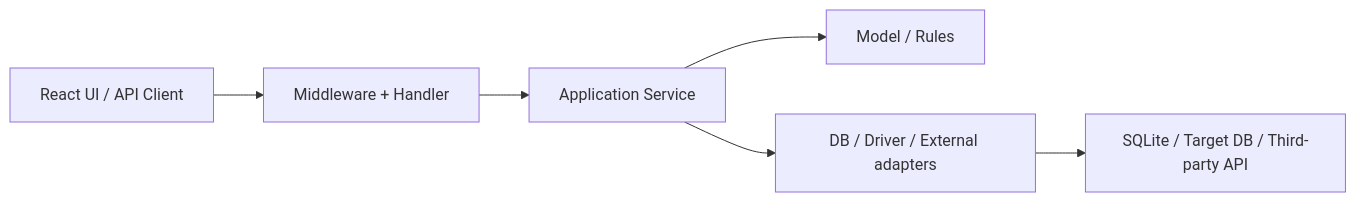
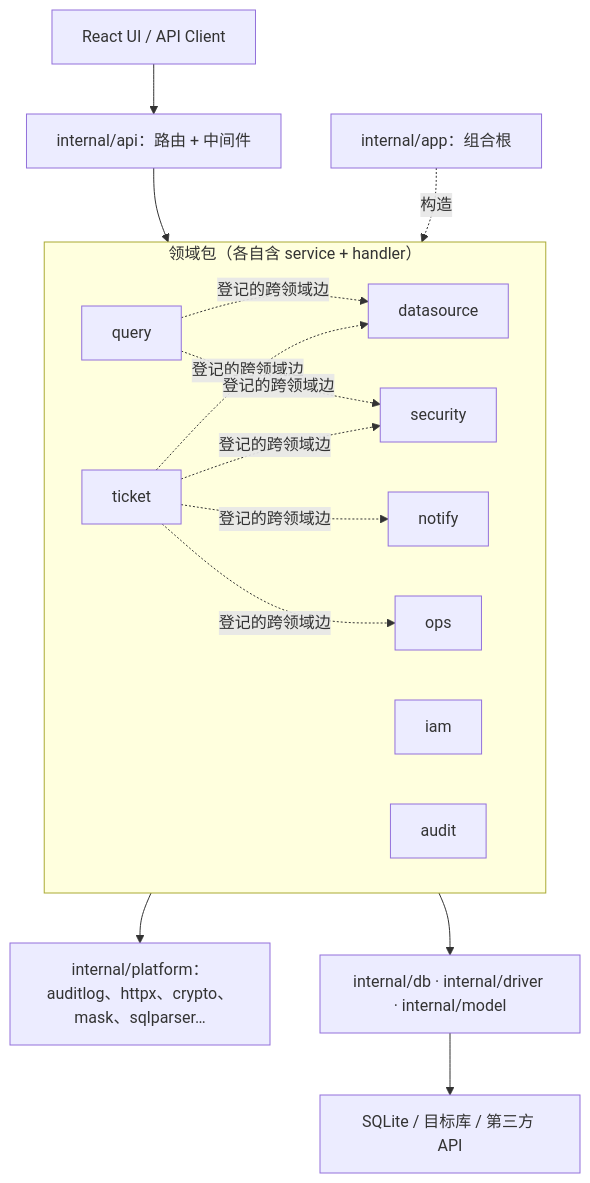
One commit to whg517/sqlflow changed the third of 5 diagrams in docs/ARCHITECTURE.md. Above: the diagram before and after it, drawn with Mermaid. The commit also changed other lines of this file and 17 other files, not shown here.

````diff
--- a/docs/ARCHITECTURE.md
+++ b/docs/ARCHITECTURE.md
@@ -96,8 +101,26 @@
 ```mermaid
-flowchart LR
-    UI["React UI / API Client"] --> API["Middleware + Handler"]
-    API --> Service["Application Service"]
-    Service --> Domain["Model / Rules"]
-    Service --> Ports["DB / Driver / External adapters"]
-    Ports --> Infrastructure["SQLite / Target DB / Third-party API"]
+flowchart TB
+    UI["React UI / API Client"] --> Router["internal/api：路由 + 中间件"]
+    Router --> Domains
+
+    subgraph Domains["领域包（各自含 service + handler）"]
+        direction LR
+        Ticket["ticket"]
+        Query["query"]
+        DS["datasource"]
+        Sec["security"]
+        IAM["iam"]
+        Audit["audit"]
+        Notify["notify"]
+        Ops["ops"]
+    end
+
+    Ticket -.登记的跨领域边.-> DS & Sec & Notify & Ops
+    Query -.登记的跨领域边.-> DS & Sec
+
+    Domains --> Platform["internal/platform：auditlog、httpx、crypto、mask、sqlparser…"]
+    Domains --> Ports["internal/db · internal/driver · internal/model"]
+    Ports --> Infrastructure["SQLite / 目标库 / 第三方 API"]
+
+    App["internal/app：组合根"] -.构造.-> Domains
 ```
````
